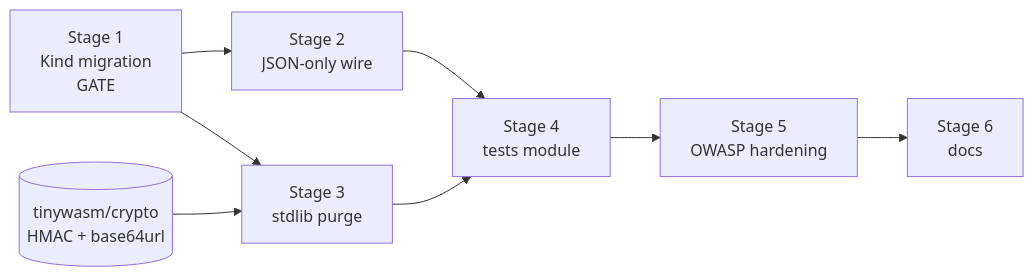
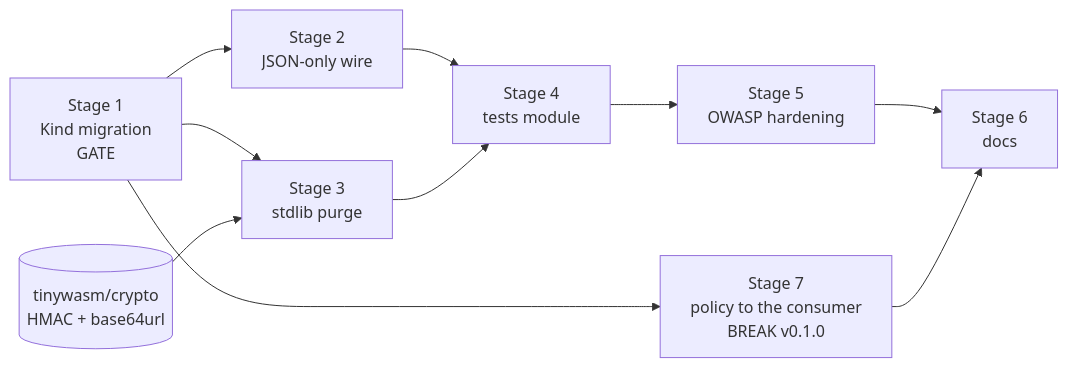
Before and after one commit to tinywasm/user: the diagram in docs/PLAN.md, drawn with Mermaid. The commit also changed other lines of this file and 4 other files, not shown here.

````diff
--- a/docs/PLAN.md
+++ b/docs/PLAN.md
@@ -90,10 +105,12 @@
 ```mermaid
 flowchart LR
     S1[Stage 1<br/>Kind migration<br/>GATE] --> S2[Stage 2<br/>JSON-only wire]
     S1 --> S3[Stage 3<br/>stdlib purge]
     CR[(tinywasm/crypto<br/>HMAC + base64url)] --> S3
     S2 --> S4[Stage 4<br/>tests module]
     S3 --> S4
     S4 --> S5[Stage 5<br/>OWASP hardening]
     S5 --> S6[Stage 6<br/>docs]
+    S1 --> S7[Stage 7<br/>policy to the consumer<br/>BREAK v0.1.0]
+    S7 --> S6
 ```
````
